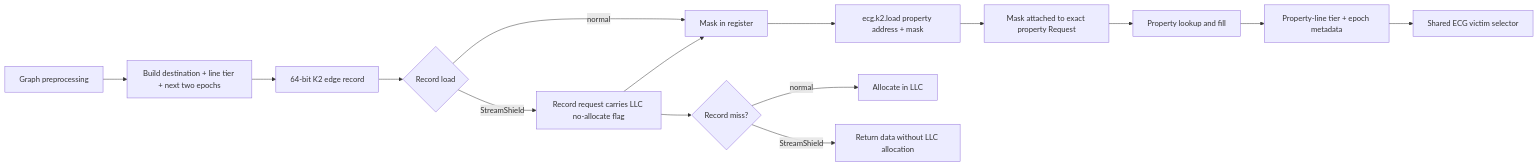
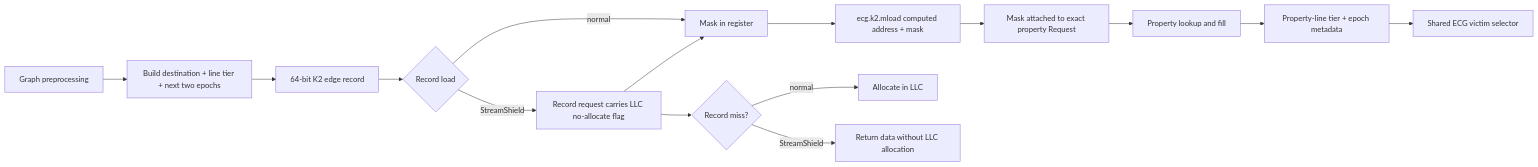
One commit to UVA-LavaLab/GraphBrew changed the first of 3 diagrams in research/ecg-hpca/ARCHITECTURE.md. Above: the diagram before and after it, drawn with Mermaid. The commit also changed other lines of this file and 6 other files, not shown here.

````diff
--- a/research/ecg-hpca/ARCHITECTURE.md
+++ b/research/ecg-hpca/ARCHITECTURE.md
@@ -63,17 +64,17 @@
 ```mermaid
 flowchart LR
     A[Graph preprocessing] --> B[Build destination + line tier + next two epochs]
     B --> C[64-bit K2 edge record]
     C --> D{Record load}
     D -->|normal| E[Mask in register]
     D -->|StreamShield| F[Record request carries LLC no-allocate flag]
     F --> E
-    E --> G[ecg.k2.load property address + mask]
+    E --> G[ecg.k2.mload computed address + mask]
     G --> H[Mask attached to exact property Request]
     H --> I[Property lookup and fill]
     I --> J[Property-line tier + epoch metadata]
     J --> K[Shared ECG victim selector]
     F --> L{Record miss?}
     L -->|normal| M[Allocate in LLC]
     L -->|StreamShield| N[Return data without LLC allocation]
 ```
````
